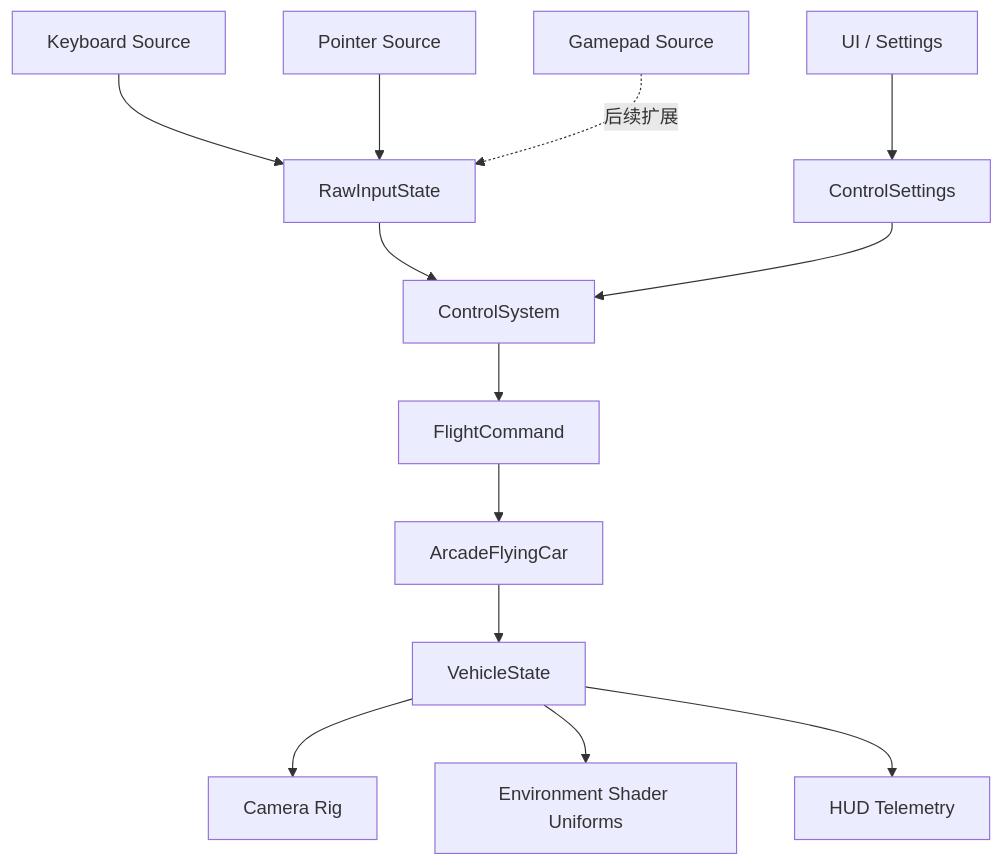
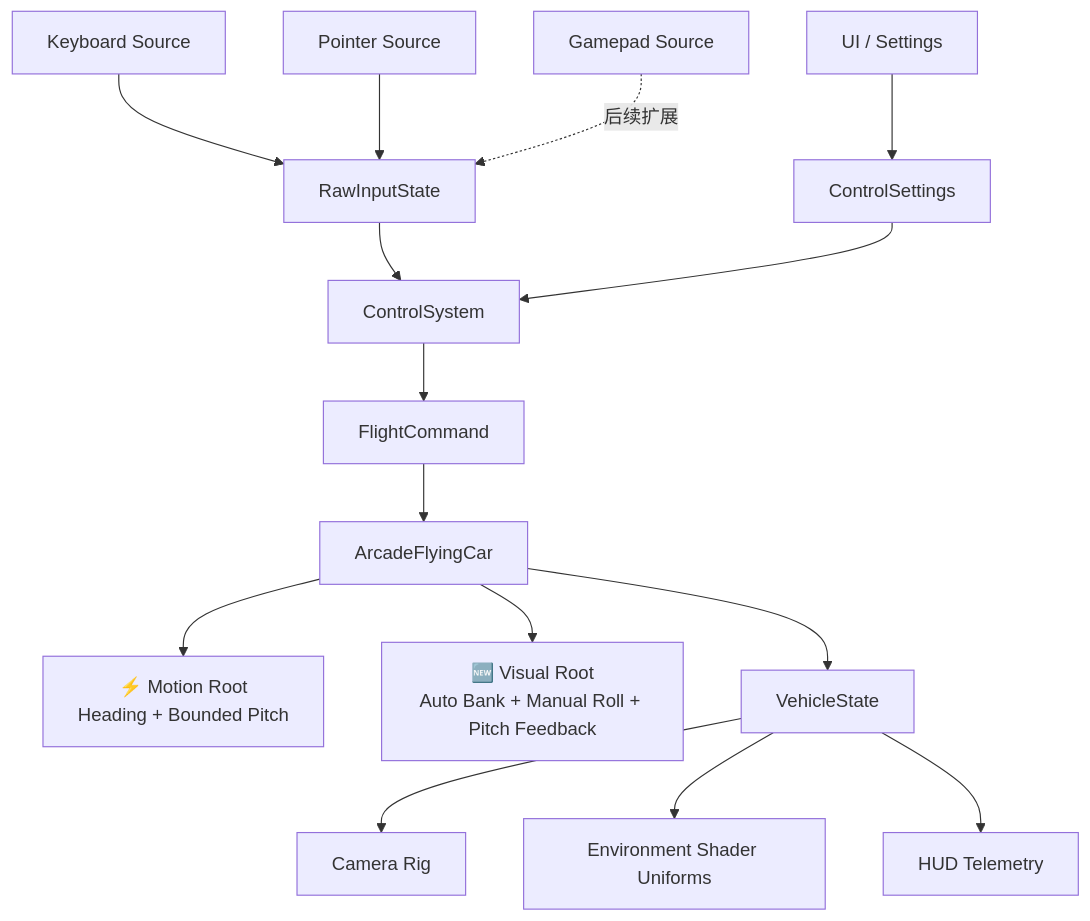
One commit to 64n-goxutech/shader-roam changed the first of 2 diagrams in docs/architecture/control-system/README.md. Above: the diagram before and after it, drawn with Mermaid. The commit also changed other lines of this file and 14 other files, not shown here.

````diff
--- a/docs/architecture/control-system/README.md
+++ b/docs/architecture/control-system/README.md
@@ -5,18 +5,20 @@
 ```mermaid
 graph TB
     %% 🆕 新增  ⚡ 修改
     UI[UI / Settings] --> ControlSettings[ControlSettings]
     Keyboard[Keyboard Source] --> RawInput[RawInputState]
     Pointer[Pointer Source] --> RawInput
     Gamepad[Gamepad Source] -. 后续扩展 .-> RawInput
 
     RawInput --> ControlSystem[ControlSystem]
     ControlSettings --> ControlSystem
     ControlSystem --> FlightCommand[FlightCommand]
 
     FlightCommand --> VehicleController[ArcadeFlyingCar]
+    VehicleController --> MotionRoot[⚡ Motion Root<br/>Heading + Bounded Pitch]
+    VehicleController --> VisualRoot[🆕 Visual Root<br/>Auto Bank + Manual Roll + Pitch Feedback]
     VehicleController --> VehicleState[VehicleState]
     VehicleState --> CameraRig[Camera Rig]
     VehicleState --> Environment[Environment Shader Uniforms]
     VehicleState --> HUD[HUD Telemetry]
 ```
````
